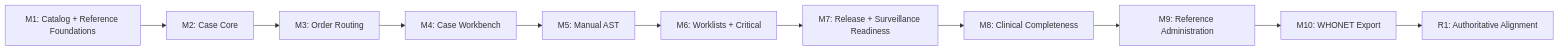
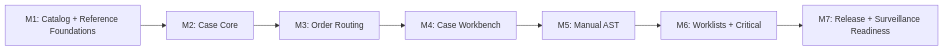
One commit to DIGI-UW/OpenELIS-Global-2 changed the diagram in specs/782-ogc-782-microbiology-mvp-spec/tasks.md. Above: the diagram before and after it, drawn with Mermaid. The commit also changed other lines of this file and 10 other files, not shown here.

````diff
--- a/specs/782-ogc-782-microbiology-mvp-spec/tasks.md
+++ b/specs/782-ogc-782-microbiology-mvp-spec/tasks.md
@@ -30,13 +29,9 @@
 ```mermaid
 graph LR
     M1["M1: Catalog + Reference Foundations"] --> M2["M2: Case Core"]
     M2 --> M3["M3: Order Routing"]
     M3 --> M4["M4: Case Workbench"]
     M4 --> M5["M5: Manual AST"]
     M5 --> M6["M6: Worklists + Critical"]
     M6 --> M7["M7: Release + Surveillance Readiness"]
-    M7 --> M8["M8: Clinical Completeness"]
-    M8 --> M9["M9: Reference Administration"]
-    M9 --> M10["M10: WHONET Export"]
-    M10 --> R1["R1: Authoritative Alignment"]
 ```
````
